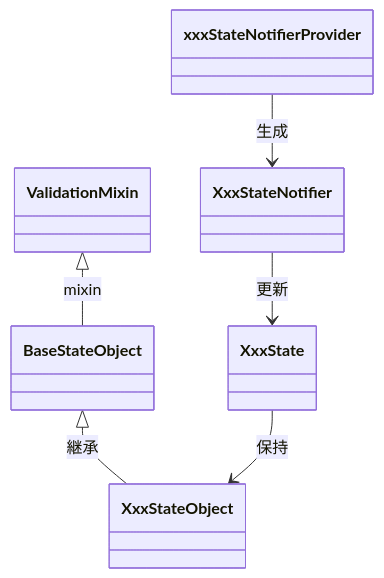
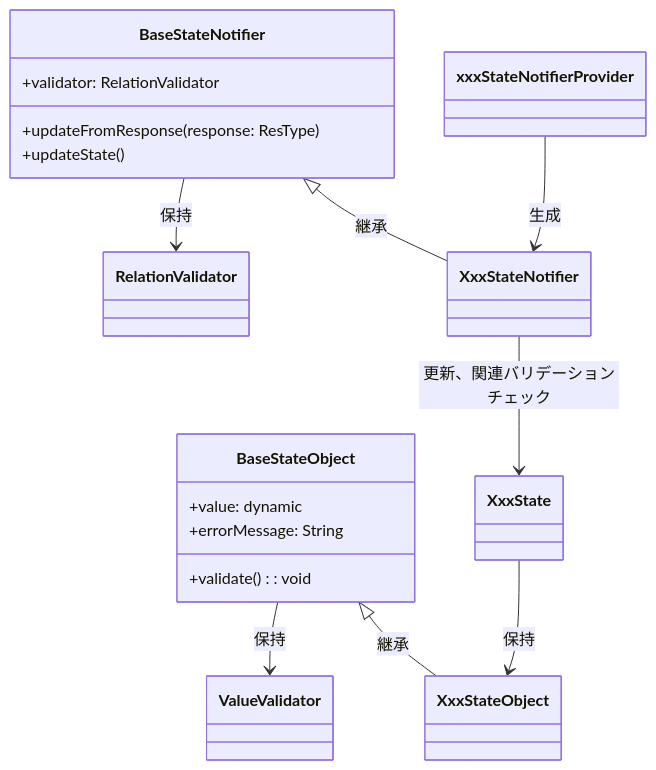
Before and after one commit to shuhei1101/allowance-questboard: the diagram in docs/ja/flutter/状態管理-state.md, drawn with Mermaid. The commit also changed other lines of this file and 41 other files, not shown here.

````diff
--- a/docs/ja/flutter/状態管理-state.md
+++ b/docs/ja/flutter/状態管理-state.md
@@ -8,16 +9,29 @@
 ```mermaid
 classDiagram
-    class ValidationMixin
-    class BaseStateObject
+    class ValueValidator
+    class BaseStateObject {
+        +value: dynamic
+        +validate(): void
+        +errorMessage: String
+    }
+    class RelationValidator
+    class BaseStateNotifier {
+        +validator: RelationValidator
+        +updateFromResponse(response: ResType)
+        +updateState()
+    }
     class XxxStateObject
     class XxxState
     class XxxStateNotifier
     class xxxStateNotifierProvider
 
+    BaseStateObject --> ValueValidator : 保持
+    BaseStateNotifier --> RelationValidator : 保持
+
     BaseStateObject <|-- XxxStateObject : 継承
+    BaseStateNotifier <|-- XxxStateNotifier : 継承
 
-    ValidationMixin <|-- BaseStateObject : mixin
     XxxState --> XxxStateObject : 保持
-    XxxStateNotifier --> XxxState : 更新
+    XxxStateNotifier --> XxxState : 更新、関連バリデーションチェック
     xxxStateNotifierProvider --> XxxStateNotifier : 生成
 ```
````
